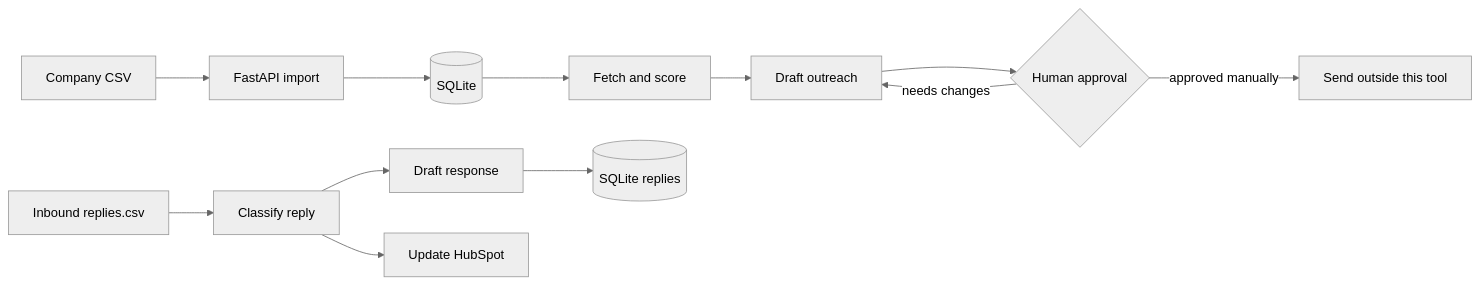
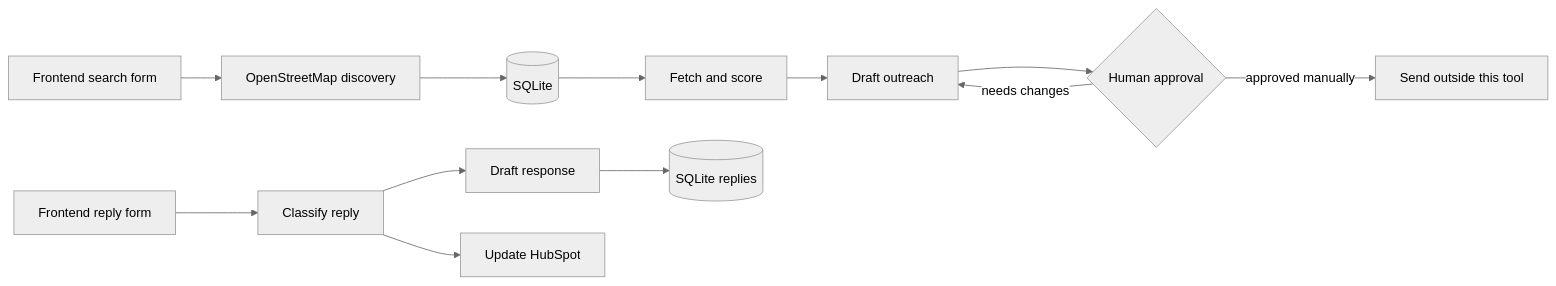
One commit to LokeshShrestha/mini-outbound-engine changed the diagram in README.md. Above: the diagram before and after it, drawn with Mermaid (neutral theme). The commit also changed other lines of this file and 12 other files, not shown here.

Commit message:
Move company discovery and pipeline into web UI

````diff
--- a/README.md
+++ b/README.md
@@ -46,14 +48,14 @@
 ```mermaid
 flowchart LR
-    A[Company CSV] --> B[FastAPI import]
+    A[Frontend search form] --> B[OpenStreetMap discovery]
     B --> C[(SQLite)]
     C --> D[Fetch and score]
     D --> E[Draft outreach]
     E --> F{Human approval}
     F -->|approved manually| G[Send outside this tool]
     F -->|needs changes| E
-    H[Inbound replies.csv] --> I[Classify reply]
+    H[Frontend reply form] --> I[Classify reply]
     I --> J[Draft response]
     I --> K[Update HubSpot]
     J --> L[(SQLite replies)]
 ```
````
